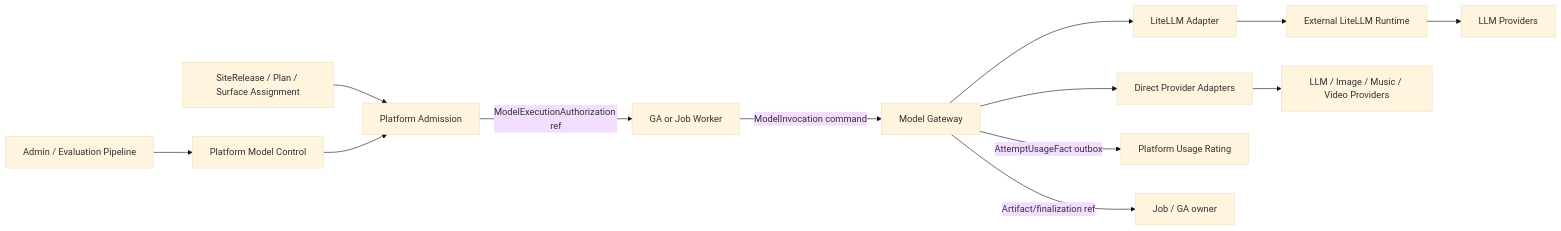
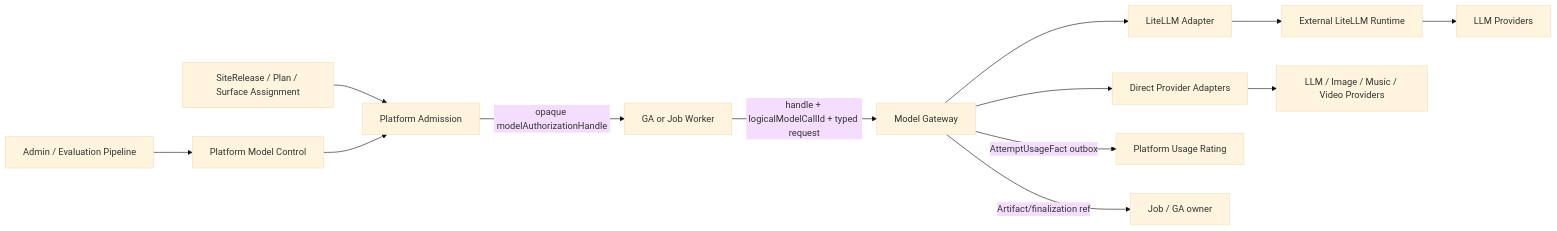
The diagram in docs/superpowers/specs/2026-07-25-model-control-gateway-litellm-architecture-design.md (LordFoxFairy/Kokoro), drawn with Mermaid (base theme) before and after one commit. The commit also changed other lines of this file and 5 other files, not shown here.

Commit message:
docs(architecture): close platform web session p0 contracts

````diff
--- a/docs/superpowers/specs/2026-07-25-model-control-gateway-litellm-architecture-design.md
+++ b/docs/superpowers/specs/2026-07-25-model-control-gateway-litellm-architecture-design.md
@@ -86,15 +86,15 @@
 ```mermaid
 flowchart LR
   A["Admin / Evaluation Pipeline"] --> MC["Platform Model Control"]
   SR["SiteRelease / Plan / Surface Assignment"] --> AD["Platform Admission"]
   MC --> AD
-  AD -->|"ModelExecutionAuthorization ref"| GA["GA or Job Worker"]
-  GA -->|"ModelInvocation command"| MG["Model Gateway"]
+  AD -->|"opaque modelAuthorizationHandle"| GA["GA or Job Worker"]
+  GA -->|"handle + logicalModelCallId + typed request"| MG["Model Gateway"]
   MG --> PA["Direct Provider Adapters"]
   MG --> LA["LiteLLM Adapter"]
   LA --> LL["External LiteLLM Runtime"]
   LL --> LP["LLM Providers"]
   PA --> MP["LLM / Image / Music / Video Providers"]
   MG -->|"AttemptUsageFact outbox"| UR["Platform Usage Rating"]
   MG -->|"Artifact/finalization ref"| JW["Job / GA owner"]
 ```
````
